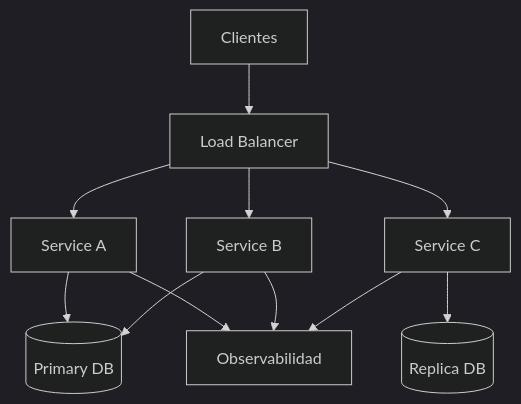
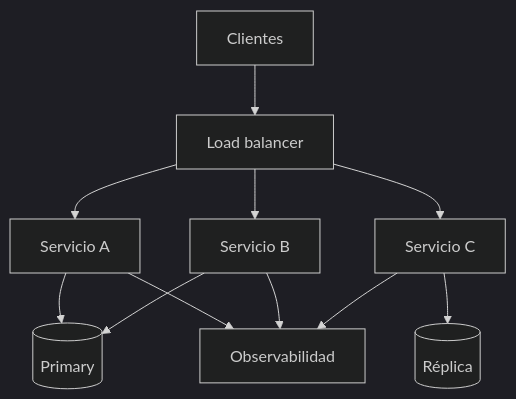
The diagram in docs/portfolio-briefs/arch/sistemas-criticos.mmd (medellinwebsoluciones/web-ricardo), drawn with Mermaid (dark theme) before and after one commit. The commit also changed 45 other files, not shown here.

```diff
--- a/docs/portfolio-briefs/arch/sistemas-criticos.mmd
+++ b/docs/portfolio-briefs/arch/sistemas-criticos.mmd
@@ -1,11 +1,11 @@
 flowchart TB
-  Clients[Clientes] --> LB[Load Balancer]
-  LB --> S1[Service A]
-  LB --> S2[Service B]
-  LB --> S3[Service C]
-  S1 --> DB[(Primary DB)]
-  S2 --> DB
-  S3 --> Replica[(Replica DB)]
-  S1 --> Obs[Observabilidad]
-  S2 --> Obs
-  S3 --> Obs
+  C[Clientes] --> LB[Load balancer]
+  LB --> A[Servicio A]
+  LB --> B[Servicio B]
+  LB --> C2[Servicio C]
+  A --> P[(Primary)]
+  B --> P
+  C2 --> R[(Réplica)]
+  A --> O[Observabilidad]
+  B --> O
+  C2 --> O
```
